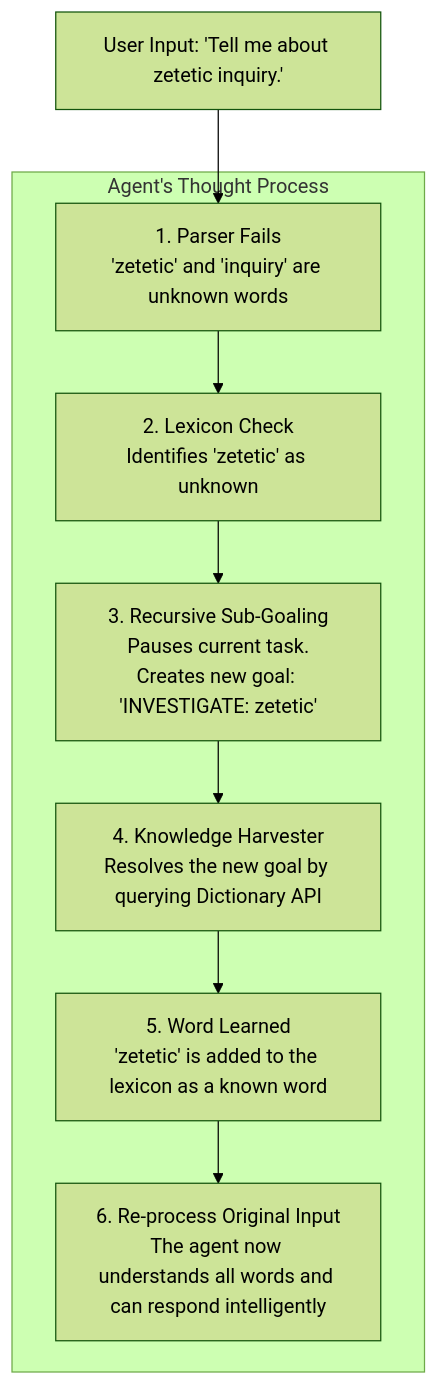
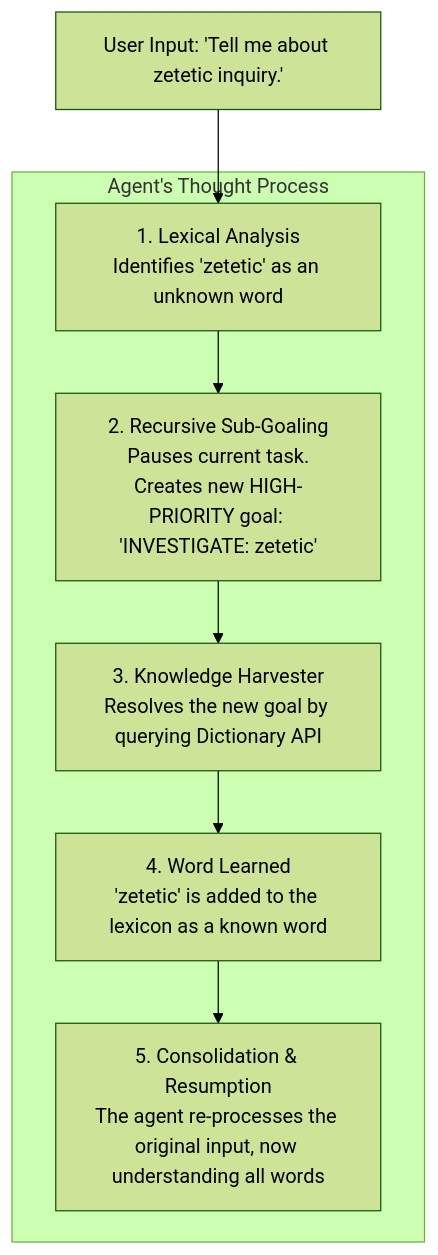
The third of 3 diagrams in README.md (vicsanity623/Axiom-Agent), drawn with Mermaid before and after one commit. The commit also changed other lines of this file and 3 other files, not shown here.

````diff
--- a/README.md
+++ b/README.md
@@ -109,16 +115,15 @@
 ```mermaid
 %%{init: {"theme": "forest"}}%%
 graph TD
     A[User Input: 'Tell me about zetetic inquiry.']
     
     subgraph Agent's Thought Process
-        B[1. Parser Fails<br/>'zetetic' and 'inquiry' are unknown words]
-        C[2. Lexicon Check<br/>Identifies 'zetetic' as unknown]
-        D[3. Recursive Sub-Goaling<br/>Pauses current task.<br/>Creates new goal: 'INVESTIGATE: zetetic']
-        E[4. Knowledge Harvester<br/>Resolves the new goal by querying Dictionary API]
-        F[5. Word Learned<br/>'zetetic' is added to the lexicon as a known word]
-        G[6. Re-process Original Input<br/>The agent now understands all words and can respond intelligently]
+        B[1. Lexical Analysis<br/>Identifies 'zetetic' as an unknown word]
+        C[2. Recursive Sub-Goaling<br/>Pauses current task.<br/>Creates new HIGH-PRIORITY goal: 'INVESTIGATE: zetetic']
+        D[3. Knowledge Harvester<br/>Resolves the new goal by querying Dictionary API]
+        E[4. Word Learned<br/>'zetetic' is added to the lexicon as a known word]
+        F[5. Consolidation & Resumption<br/>The agent re-processes the original input, now understanding all words]
     end
 
-    A --> B --> C --> D --> E --> F --> G
+    A --> B --> C --> D --> E --> F
 ```
````
